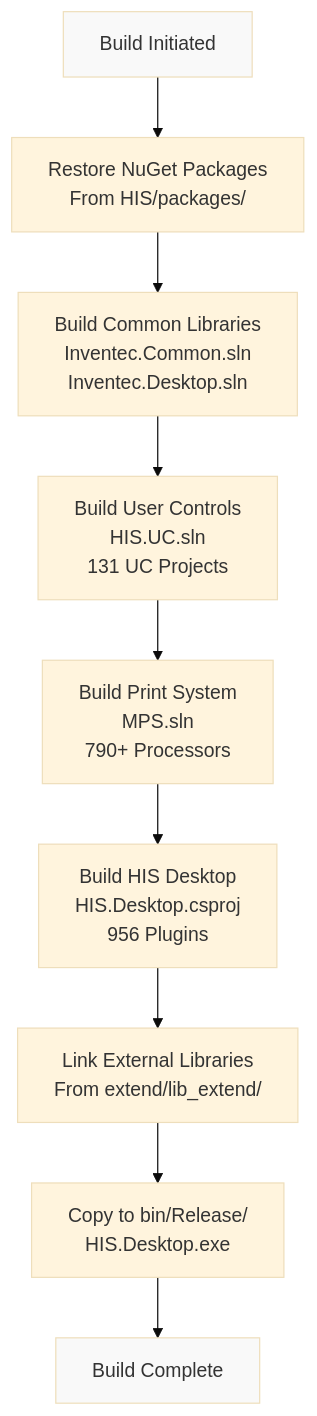
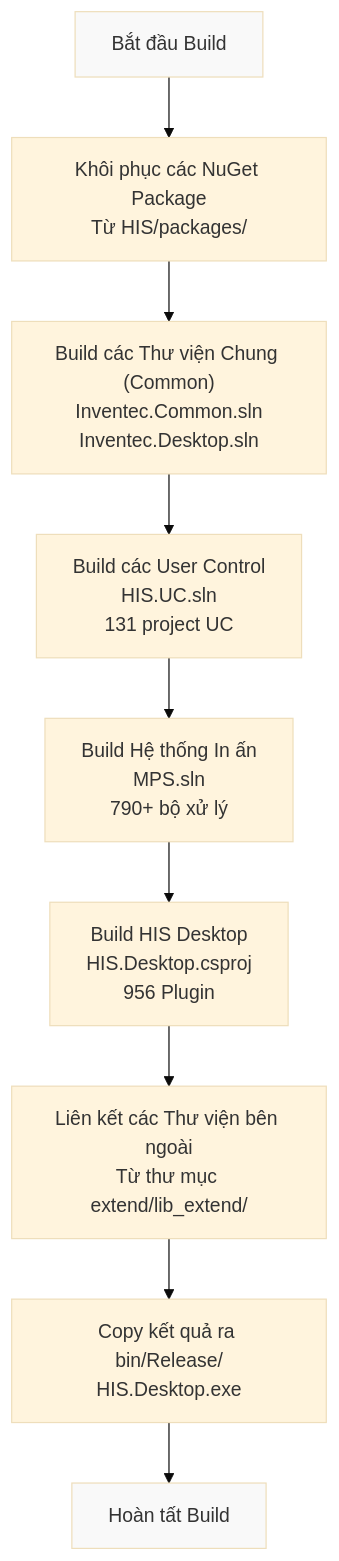
The third of 3 diagrams in docs/his-ba-documentation/99-development/build-setup.md (thangpnb/HIS), drawn with Mermaid (base theme) before and after one commit. The commit also changed other lines of this file and 30 other files, not shown here.

Commit message:
Refactor architecture docs and update translations

````diff
--- a/docs/his-ba-documentation/99-development/build-setup.md
+++ b/docs/his-ba-documentation/99-development/build-setup.md
@@ -224,32 +224,32 @@
 ```mermaid
 graph TB
-    Start["Build Initiated"]
+    Start["Bắt đầu Build"]
     
-    RestorePackages["Restore NuGet Packages<br/>From HIS/packages/"]
+    RestorePackages["Khôi phục các NuGet Package<br/>Từ HIS/packages/"]
     
-    BuildCommon["Build Common Libraries<br/>Inventec.Common.sln<br/>Inventec.Desktop.sln"]
+    BuildCommon["Build các Thư viện Chung (Common)<br/>Inventec.Common.sln<br/>Inventec.Desktop.sln"]
     
-    BuildUC["Build User Controls<br/>HIS.UC.sln<br/>131 UC Projects"]
+    BuildUC["Build các User Control<br/>HIS.UC.sln<br/>131 project UC"]
     
-    BuildMPS["Build Print System<br/>MPS.sln<br/>790+ Processors"]
+    BuildMPS["Build Hệ thống In ấn<br/>MPS.sln<br/>790+ bộ xử lý"]
     
-    BuildHIS["Build HIS Desktop<br/>HIS.Desktop.csproj<br/>956 Plugins"]
+    BuildHIS["Build HIS Desktop<br/>HIS.Desktop.csproj<br/>956 Plugin"]
     
-    LinkExternal["Link External Libraries<br/>From extend/lib_extend/"]
+    LinkExternal["Liên kết các Thư viện bên ngoài<br/>Từ thư mục extend/lib_extend/"]
     
-    CopyOutput["Copy to bin/Release/<br/>HIS.Desktop.exe"]
+    CopyOutput["Copy kết quả ra bin/Release/<br/>HIS.Desktop.exe"]
     
-    Success["Build Complete"]
+    Success["Hoàn tất Build"]
     
     Start --> RestorePackages
     RestorePackages --> BuildCommon
     BuildCommon --> BuildUC
     BuildUC --> BuildMPS
     BuildMPS --> BuildHIS
     BuildHIS --> LinkExternal
     LinkExternal --> CopyOutput
     CopyOutput --> Success
     
     style Start fill:#f9f9f9
     style Success fill:#f9f9f9
 ```
````
